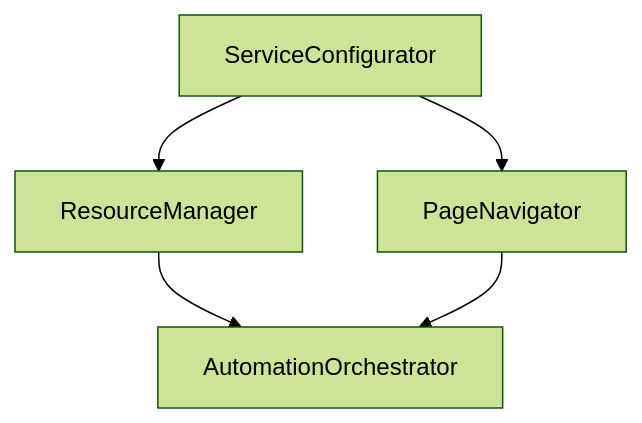
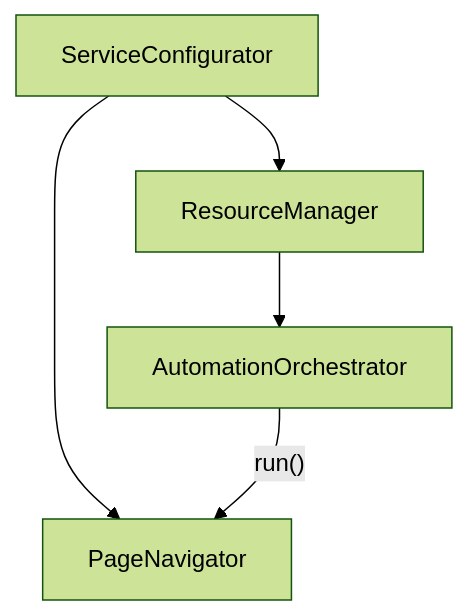
The diagram in docs/overview/architecture.md (Fr3doo/sele_saisie_auto), drawn with Mermaid (forest theme) before and after one commit. The commit also changed other lines of this file and 1 other file, not shown here.

Commit message:
docs: update navigation diagram

````diff
--- a/docs/overview/architecture.md
+++ b/docs/overview/architecture.md
@@ -14,7 +15,7 @@
 ```mermaid
 flowchart TD
     ServiceConfigurator --> ResourceManager
     ServiceConfigurator --> PageNavigator
     ResourceManager --> AutomationOrchestrator
-    PageNavigator --> AutomationOrchestrator
+    AutomationOrchestrator -- run() --> PageNavigator
 ```
````
